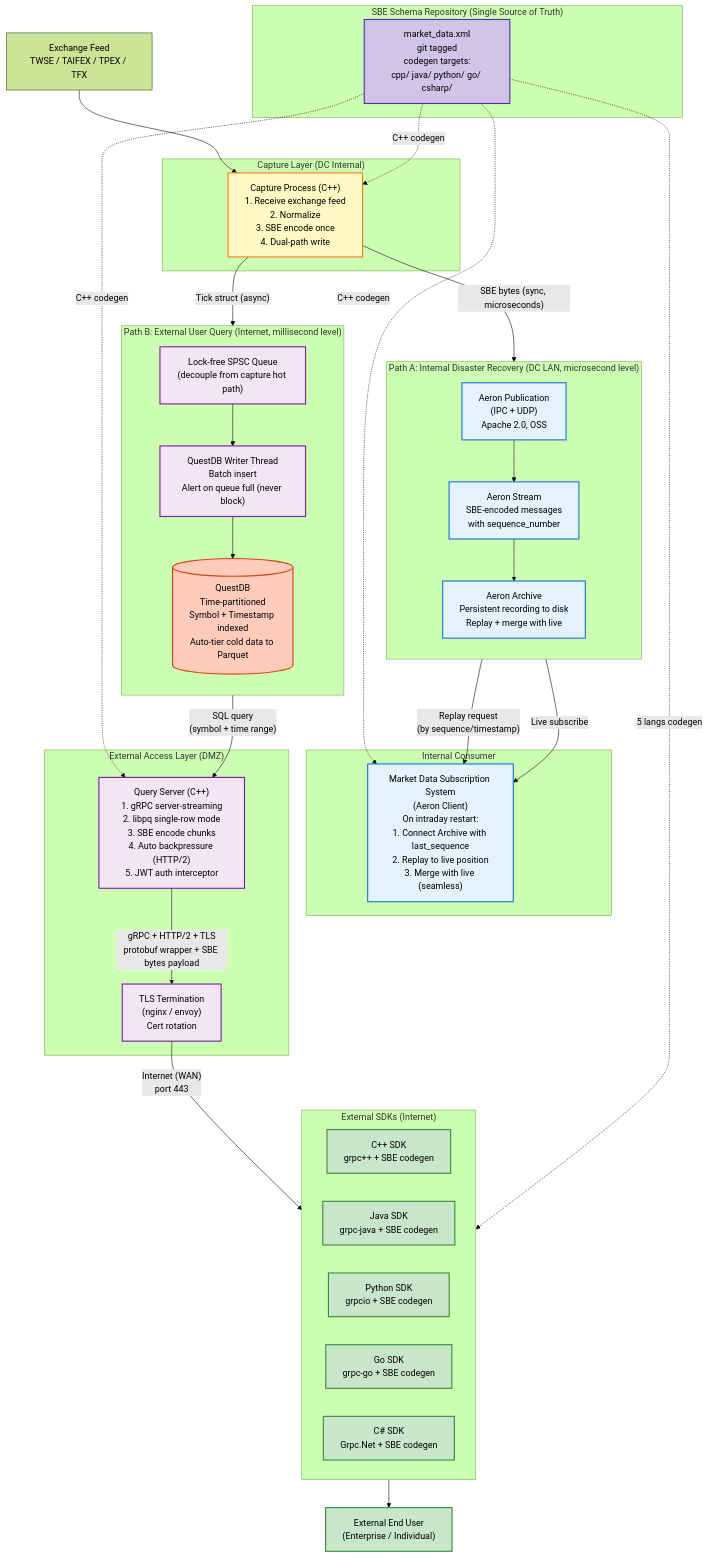
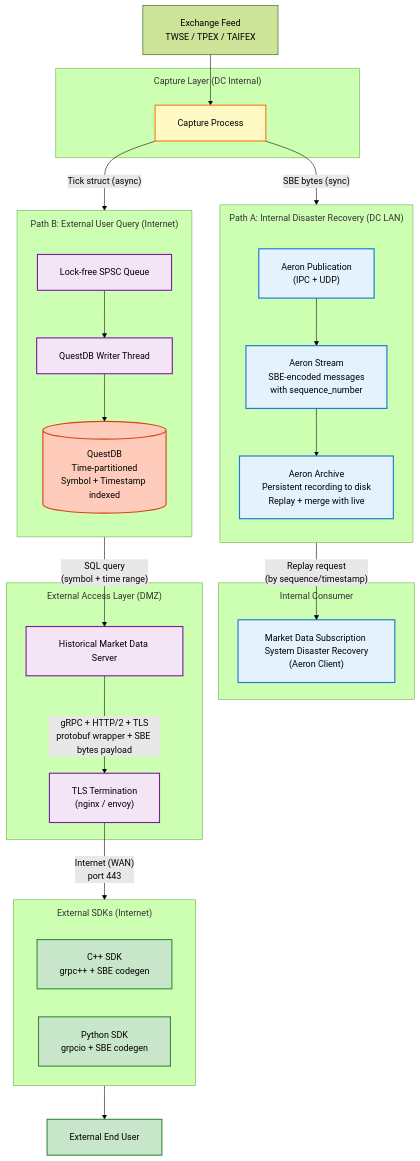
One commit to v54dt/Notes changed the diagram in MarketReplayService/market_replay_service_architecture.mmd. Above: the diagram before and after it, drawn with Mermaid (forest theme). The commit also changed 1 other file, not shown here.

Commit message:
FIX: update market replay service architecture

```diff
--- a/MarketReplayService/market_replay_service_architecture.mmd
+++ b/MarketReplayService/market_replay_service_architecture.mmd
@@ -1,94 +1,87 @@
-
-
+---
+config:
+  flowchart:
+    padding: 20
+    nodeSpacing: 50
+    rankSpacing: 60
+    subGraphTitleMargin:
+      top: 12
+      bottom: 24
+---
 flowchart TB
     %% ====== Upstream Data Source ======
-    Exchange["Exchange Feed<br/>TWSE / TAIFEX / TPEX / TFX"]
+    Exchange["Exchange Feed<br/>TWSE / TPEX / TAIFEX"]
 
     %% ====== Capture Layer ======
     subgraph CaptureLayer["Capture Layer (DC Internal)"]
-        Capture["Capture Process (C++)<br/>1. Receive exchange feed<br/>2. Normalize<br/>3. SBE encode once<br/>4. Dual-path write"]
+        Capture["Capture Process"]
     end
 
     %% ====== Path A: Internal Disaster Recovery ======
-    subgraph PathA["Path A: Internal Disaster Recovery (DC LAN, microsecond level)"]
+    subgraph PathA["Path A: Internal Disaster Recovery (DC LAN)"]
         direction TB
-        AeronPub["Aeron Publication<br/>(IPC + UDP)<br/>Apache 2.0, OSS"]
+        AeronPub["Aeron Publication<br/>(IPC + UDP)"]
         AeronStream["Aeron Stream<br/>SBE-encoded messages<br/>with sequence_number"]
         AeronArchive["Aeron Archive<br/>Persistent recording to disk<br/>Replay + merge with live"]
 
         AeronPub --> AeronStream
         AeronStream --> AeronArchive
     end
 
     %% ====== Path B: External Historical Query ======
-    subgraph PathB["Path B: External User Query (Internet, millisecond level)"]
+    subgraph PathB["Path B: External User Query (Internet)"]
         direction TB
-        AsyncQueue["Lock-free SPSC Queue<br/>(decouple from capture hot path)"]
-        QuestDBWriter["QuestDB Writer Thread<br/>Batch insert<br/>Alert on queue full (never block)"]
-        QuestDB[("QuestDB<br/>Time-partitioned<br/>Symbol + Timestamp indexed<br/>Auto-tier cold data to Parquet")]
+        AsyncQueue["Lock-free SPSC Queue"]
+        QuestDBWriter["QuestDB Writer Thread"]
+        QuestDB[("QuestDB<br/>Time-partitioned<br/>Symbol + Timestamp indexed")]
 
         AsyncQueue --> QuestDBWriter
         QuestDBWriter --> QuestDB
     end
 
     %% ====== Internal Consumer (Path A) ======
     subgraph InternalConsumer["Internal Consumer"]
-        MarketDataSub["Market Data Subscription System<br/>(Aeron Client)<br/>On intraday restart:<br/>1. Connect Archive with last_sequence<br/>2. Replay to live position<br/>3. Merge with live (seamless)"]
+        MarketDataSub["Market Data Subscription System Disaster Recovery<br/>(Aeron Client)"]
     end
 
     %% ====== External Access Layer (Path B) ======
     subgraph ExternalAccess["External Access Layer (DMZ)"]
-        QueryServer["Query Server (C++)<br/>1. gRPC server-streaming<br/>2. libpq single-row mode<br/>3. SBE encode chunks<br/>4. Auto backpressure (HTTP/2)<br/>5. JWT auth interceptor"]
-        TLSTerm["TLS Termination<br/>(nginx / envoy)<br/>Cert rotation"]
+        QueryServer["Historical Market Data Server"]
+        TLSTerm["TLS Termination<br/>(nginx / envoy)"]
     end
 
     subgraph SDKs["External SDKs (Internet)"]
         direction LR
         CppSDK["C++ SDK<br/>grpc++ + SBE codegen"]
-        JavaSDK["Java SDK<br/>grpc-java + SBE codegen"]
         PythonSDK["Python SDK<br/>grpcio + SBE codegen"]
-        GoSDK["Go SDK<br/>grpc-go + SBE codegen"]
-        CSharpSDK["C# SDK<br/>Grpc.Net + SBE codegen"]
     end
 
-    EndUser["External End User<br/>(Enterprise / Individual)"]
-
-    %% ====== Shared Schema ======
-    subgraph SchemaRepo["SBE Schema Repository (Single Source of Truth)"]
-        SBESchema["market_data.xml<br/>git tagged<br/>codegen targets:<br/>cpp/ java/ python/ go/ csharp/"]
-    end
+    EndUser["External End User"]
 
     %% ====== Connections ======
     Exchange --> Capture
-    Capture -- "SBE bytes (sync, microseconds)" --> AeronPub
+    Capture -- "SBE bytes (sync)" --> AeronPub
     Capture -- "Tick struct (async)" --> AsyncQueue
 
     AeronArchive -- "Replay request<br/>(by sequence/timestamp)" --> MarketDataSub
-    AeronStream -- "Live subscribe" --> MarketDataSub
+    %% AeronStream -- "Live subscribe" --> MarketDataSub
 
     QuestDB -- "SQL query<br/>(symbol + time range)" --> QueryServer
     QueryServer -- "gRPC + HTTP/2 + TLS<br/>protobuf wrapper + SBE bytes payload" --> TLSTerm
     TLSTerm -- "Internet (WAN)<br/>port 443" --> SDKs
 
     SDKs --> EndUser
-
-    %% Schema feeds all components
-    SBESchema -. "C++ codegen" .-> Capture
-    SBESchema -. "C++ codegen" .-> QueryServer
-    SBESchema -. "C++ codegen" .-> MarketDataSub
-    SBESchema -. "5 langs codegen" .-> SDKs
 
     %% ====== Styles ======
     classDef pathA fill:#e3f2fd,stroke:#1976d2,stroke-width:2px,color:#000
     classDef pathB fill:#f3e5f5,stroke:#7b1fa2,stroke-width:2px,color:#000
     classDef capture fill:#fff9c4,stroke:#f57f17,stroke-width:2px,color:#000
     classDef external fill:#c8e6c9,stroke:#388e3c,stroke-width:2px,color:#000
     classDef storage fill:#ffccbc,stroke:#d84315,stroke-width:2px,color:#000
     classDef schema fill:#d1c4e9,stroke:#512da8,stroke-width:2px,color:#000
 
     class AeronPub,AeronStream,AeronArchive,MarketDataSub pathA
     class AsyncQueue,QuestDBWriter,QueryServer,TLSTerm pathB
     class Capture capture
-    class CppSDK,JavaSDK,PythonSDK,GoSDK,CSharpSDK,EndUser external
+    class CppSDK,PythonSDK,EndUser external
     class QuestDB storage
-    class SBESchema schema
```
